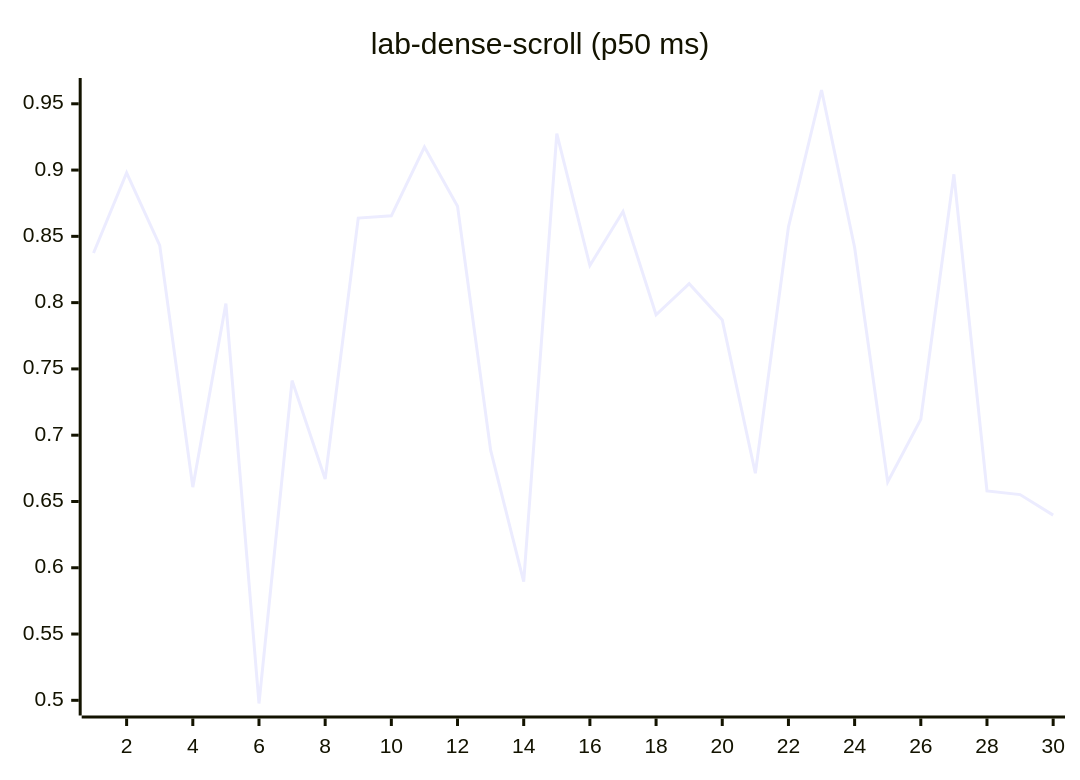
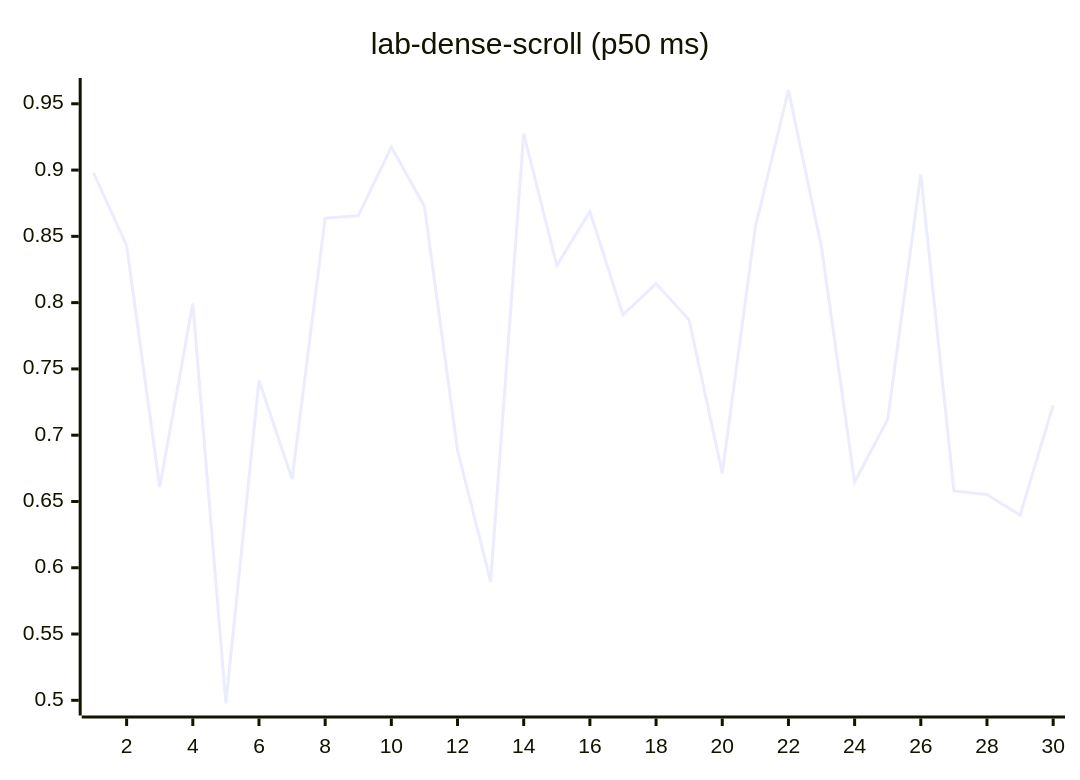
One commit to josha/Facet changed diagram 12 of 27 in README.md. Above: the diagram before and after it, drawn with Mermaid. The commit also changed other lines of this file and 2 other files, not shown here.

````diff
--- a/README.md
+++ b/README.md
@@ -140,6 +140,6 @@
 ```mermaid
 xychart-beta
     title "lab-dense-scroll (p50 ms)"
     x-axis 1 --> 30
-    line [0.8374, 0.8979, 0.8432, 0.6608, 0.7993, 0.4976, 0.7412, 0.6669, 0.8638, 0.8655, 0.9174, 0.8727, 0.6887, 0.5895, 0.9275, 0.8280, 0.8687, 0.7908, 0.8143, 0.7869, 0.6713, 0.8570, 0.9604, 0.8416, 0.6647, 0.7120, 0.8968, 0.6580, 0.6552, 0.6397]
+    line [0.8979, 0.8432, 0.6608, 0.7993, 0.4976, 0.7412, 0.6669, 0.8638, 0.8655, 0.9174, 0.8727, 0.6887, 0.5895, 0.9275, 0.8280, 0.8687, 0.7908, 0.8143, 0.7869, 0.6713, 0.8570, 0.9604, 0.8416, 0.6647, 0.7120, 0.8968, 0.6580, 0.6552, 0.6397, 0.7226]
 ```
````
